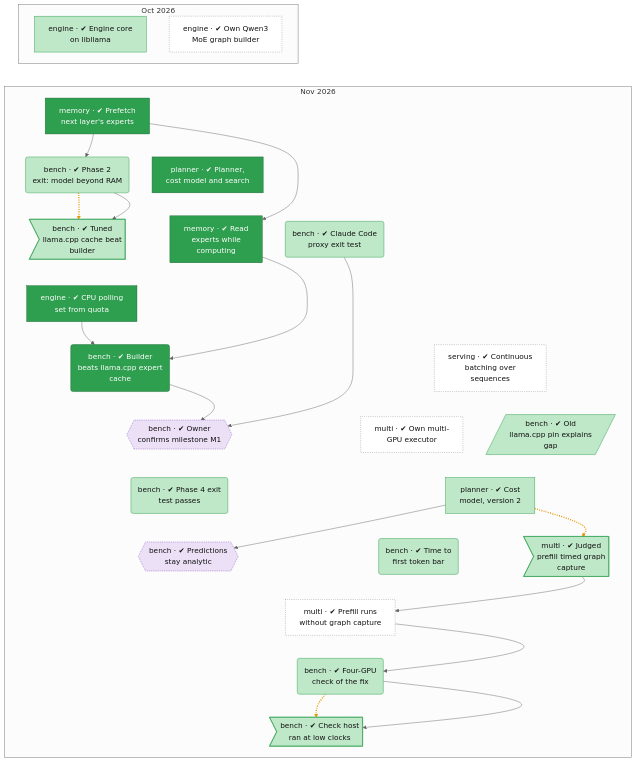
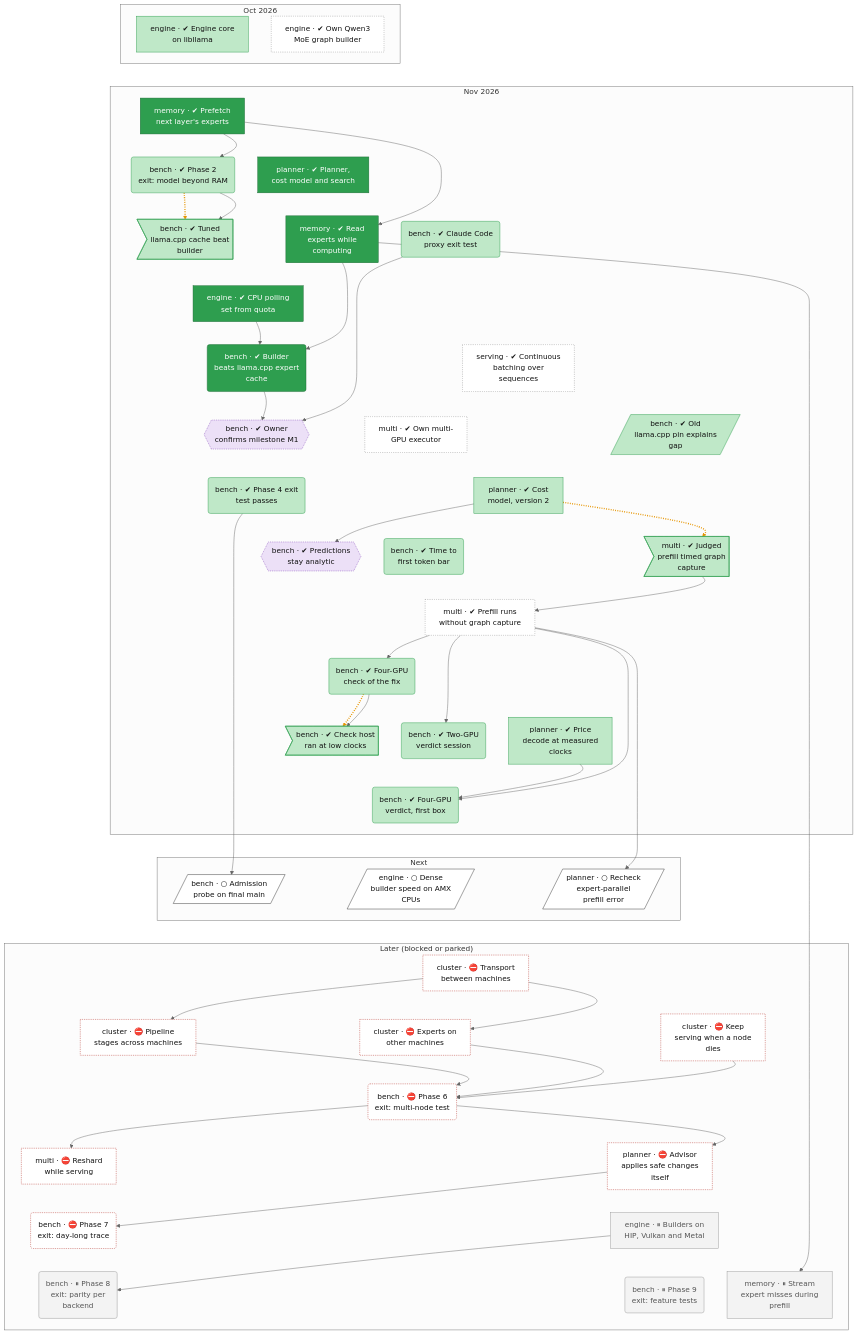
One commit to lhns/tetraeder changed the second of 2 diagrams in docs/roadmap.md. Above: the diagram before and after it, drawn with Mermaid (neutral theme). The commit also changed other lines of this file and 2 other files, not shown here.

Commit message:
Roadmap overview: today's verdicts and the upcoming work (Next band, phase 6 to 9 exit tests and their key features)

````diff
--- a/docs/roadmap.md
+++ b/docs/roadmap.md
@@ -126,6 +126,28 @@
         multi_prefill_no_capture["multi · ✔ Prefill runs<br/>without graph capture"]
         bench_s3f2("bench · ✔ Four-GPU<br/>check of the fix")
         bench_defect_s3f2_clock>"bench · ✔ Check host<br/>ran at low clocks"]
+        bench_v2_verdict("bench · ✔ Two-GPU<br/>verdict session")
+        planner_cost_model_v5["planner · ✔ Price<br/>decode at measured<br/>clocks"]
+        bench_v4a_verdict("bench · ✔ Four-GPU<br/>verdict, first box")
+    end
+    subgraph bd_2["Next"]
+        bench_d2a_probe[/"bench · ○ Admission<br/>probe on final main"/]
+        engine_dense_amx[/"engine · ○ Dense<br/>builder speed on AMX<br/>CPUs"/]
+        planner_ep_prefill_recheck[/"planner · ○ Recheck<br/>expert-parallel<br/>prefill error"/]
+    end
+    subgraph bd_3["Later (blocked or parked)"]
+        cluster_transport["cluster · ⛔ Transport<br/>between machines"]
+        cluster_pipeline_nodes["cluster · ⛔ Pipeline<br/>stages across machines"]
+        cluster_experts_nodes["cluster · ⛔ Experts on<br/>other machines"]
+        cluster_failover["cluster · ⛔ Keep<br/>serving when a node<br/>dies"]
+        bench_phase6_exit("bench · ⛔ Phase 6<br/>exit: multi-node test")
+        multi_live_reshard["multi · ⛔ Reshard<br/>while serving"]
+        planner_advisor_auto["planner · ⛔ Advisor<br/>applies safe changes<br/>itself"]
+        bench_phase7_exit("bench · ⛔ Phase 7<br/>exit: day-long trace")
+        engine_backend_parity["engine · ⏸ Builders on<br/>HIP, Vulkan and Metal"]
+        bench_phase8_exit("bench · ⏸ Phase 8<br/>exit: parity per<br/>backend")
+        bench_phase9_exit("bench · ⏸ Phase 9<br/>exit: feature tests")
+        memory_prefill_misses["memory · ⏸ Stream<br/>expert misses during<br/>prefill"]
     end
     engine_libllama ~~~ memory_prefetch
     engine_moe_builder ~~~ memory_prefetch
@@ -153,6 +175,30 @@
     multi_defect_capture ~~~ multi_prefill_no_capture
     multi_prefill_no_capture ~~~ bench_s3f2
     bench_s3f2 ~~~ bench_defect_s3f2_clock
+    bench_s3f2 ~~~ bench_v2_verdict
+    bench_s3f2 ~~~ planner_cost_model_v5
+    bench_defect_s3f2_clock ~~~ bench_v4a_verdict
+    bench_v2_verdict ~~~ bench_v4a_verdict
+    planner_cost_model_v5 ~~~ bench_v4a_verdict
+    bench_v4a_verdict ~~~ bench_d2a_probe
+    bench_v4a_verdict ~~~ engine_dense_amx
+    bench_v4a_verdict ~~~ planner_ep_prefill_recheck
+    bench_d2a_probe ~~~ cluster_transport
+    engine_dense_amx ~~~ cluster_transport
+    planner_ep_prefill_recheck ~~~ cluster_transport
+    cluster_transport ~~~ cluster_pipeline_nodes
+    cluster_transport ~~~ cluster_experts_nodes
+    cluster_transport ~~~ cluster_failover
+    cluster_pipeline_nodes ~~~ bench_phase6_exit
+    cluster_experts_nodes ~~~ bench_phase6_exit
+    cluster_failover ~~~ bench_phase6_exit
+    bench_phase6_exit ~~~ multi_live_reshard
+    bench_phase6_exit ~~~ planner_advisor_auto
+    multi_live_reshard ~~~ bench_phase7_exit
+    planner_advisor_auto ~~~ engine_backend_parity
+    bench_phase7_exit ~~~ bench_phase8_exit
+    engine_backend_parity ~~~ bench_phase9_exit
+    engine_backend_parity ~~~ memory_prefill_misses
     memory_prefetch --> bench_phase2_exit
     bench_phase2_exit -.-> bench_defect_tuned_cache
     bench_phase2_exit --> bench_defect_tuned_cache
@@ -167,7 +213,22 @@
     multi_prefill_no_capture --> bench_s3f2
     bench_s3f2 -.-> bench_defect_s3f2_clock
     bench_s3f2 --> bench_defect_s3f2_clock
-    linkStyle 27,34,38 stroke:#e69500,stroke-width:3px,stroke-dasharray:2 3
+    multi_prefill_no_capture --> bench_v2_verdict
+    planner_cost_model_v5 --> bench_v4a_verdict
+    multi_prefill_no_capture --> bench_v4a_verdict
+    bench_phase4_exit --> bench_d2a_probe
+    multi_prefill_no_capture --> planner_ep_prefill_recheck
+    cluster_transport --> cluster_pipeline_nodes
+    cluster_transport --> cluster_experts_nodes
+    cluster_pipeline_nodes --> bench_phase6_exit
+    cluster_experts_nodes --> bench_phase6_exit
+    cluster_failover --> bench_phase6_exit
+    bench_phase6_exit --> multi_live_reshard
+    bench_phase6_exit --> planner_advisor_auto
+    planner_advisor_auto --> bench_phase7_exit
+    engine_backend_parity --> bench_phase8_exit
+    memory_io_service --> memory_prefill_misses
+    linkStyle 51,58,62 stroke:#e69500,stroke-width:3px,stroke-dasharray:2 3
     classDef vsucc fill:#2e9e4f,stroke:#1b6b34,color:#fff
     classDef succ fill:#bfe8c8,stroke:#2e9e4f,color:#111
     classDef mixed fill:#ffd37a,stroke:#c98a00,color:#111
@@ -183,7 +244,10 @@
     classDef finding fill:#ffe0b2,stroke:#d84315,stroke-width:2px,color:#111
     classDef waiting fill:#e3f2fd,stroke:#1f6fc5,stroke-dasharray:5 5,color:#111
     class multi_prefill_no_capture,engine_moe_builder,multi_executor,serving_batching unrated
-    class engine_libllama,planner_cost_v2,multi_defect_capture,bench_phase2_exit,bench_defect_tuned_cache,bench_phase3b_proxy,bench_pin_ab,bench_phase4_exit,bench_ttft,bench_s3f2,bench_defect_s3f2_clock succ
+    class engine_libllama,planner_cost_v2,multi_defect_capture,bench_phase2_exit,bench_defect_tuned_cache,bench_phase3b_proxy,bench_pin_ab,bench_phase4_exit,bench_ttft,bench_s3f2,bench_defect_s3f2_clock,bench_v2_verdict,planner_cost_model_v5,bench_v4a_verdict succ
     class engine_cpu_poll,memory_prefetch,memory_io_service,planner_core,bench_m1_point1 vsucc
     class bench_owner_m1,bench_owner_analytic decided
+    class bench_d2a_probe,engine_dense_amx,planner_ep_prefill_recheck next
+    class cluster_transport,cluster_pipeline_nodes,cluster_experts_nodes,cluster_failover,bench_phase6_exit,multi_live_reshard,planner_advisor_auto,bench_phase7_exit blocked
+    class engine_backend_parity,bench_phase8_exit,bench_phase9_exit,memory_prefill_misses parked
 ```
````
